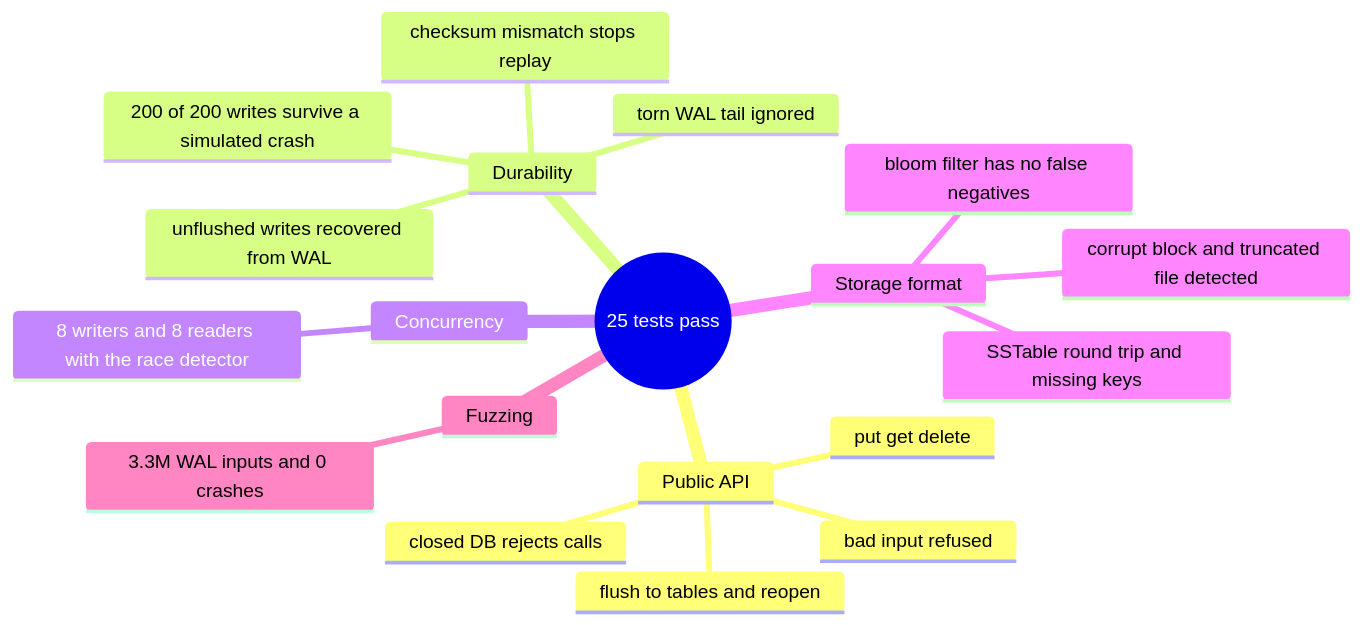
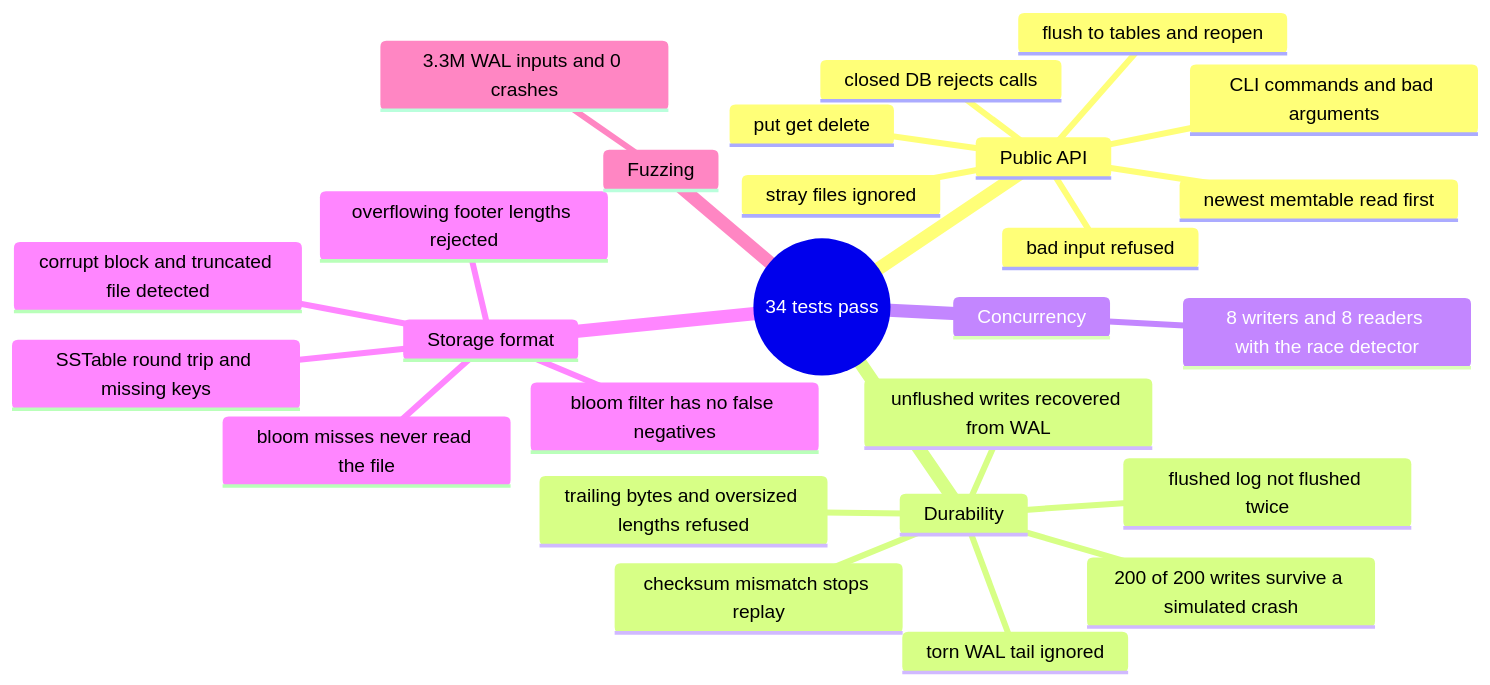
One commit to EquinoxWN/lsm-kv-store changed the second of 2 diagrams in README.md. Above: the diagram before and after it, drawn with Mermaid. The commit also changed other lines of this file and 5 other files, not shown here.

````diff
--- a/README.md
+++ b/README.md
@@ -118,22 +118,29 @@
 ```mermaid
 mindmap
-  root((25 tests pass))
+  root((34 tests pass))
     Public API
       put get delete
       bad input refused
       flush to tables and reopen
       closed DB rejects calls
+      newest memtable read first
+      stray files ignored
+      CLI commands and bad arguments
     Durability
       unflushed writes recovered from WAL
       200 of 200 writes survive a simulated crash
       torn WAL tail ignored
       checksum mismatch stops replay
+      flushed log not flushed twice
+      trailing bytes and oversized lengths refused
     Concurrency
       8 writers and 8 readers with the race detector
     Storage format
       SSTable round trip and missing keys
       corrupt block and truncated file detected
+      overflowing footer lengths rejected
+      bloom misses never read the file
       bloom filter has no false negatives
     Fuzzing
       3.3M WAL inputs and 0 crashes
 ```
````
